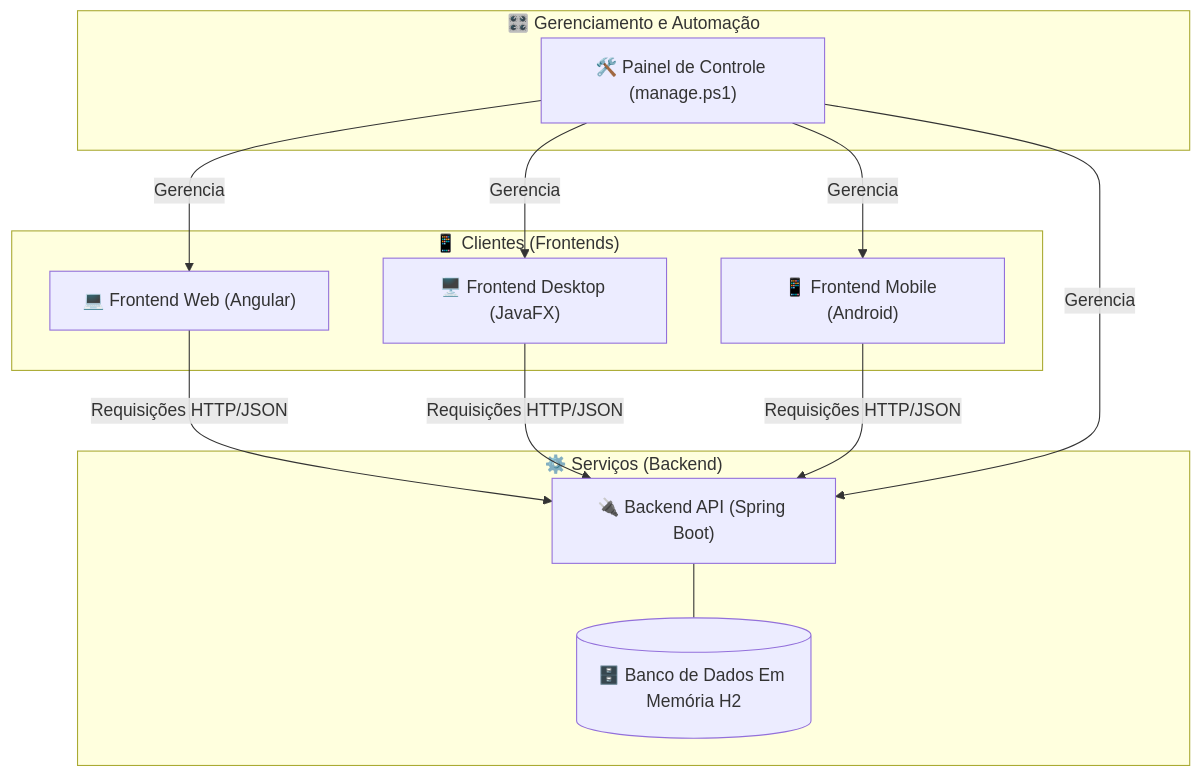
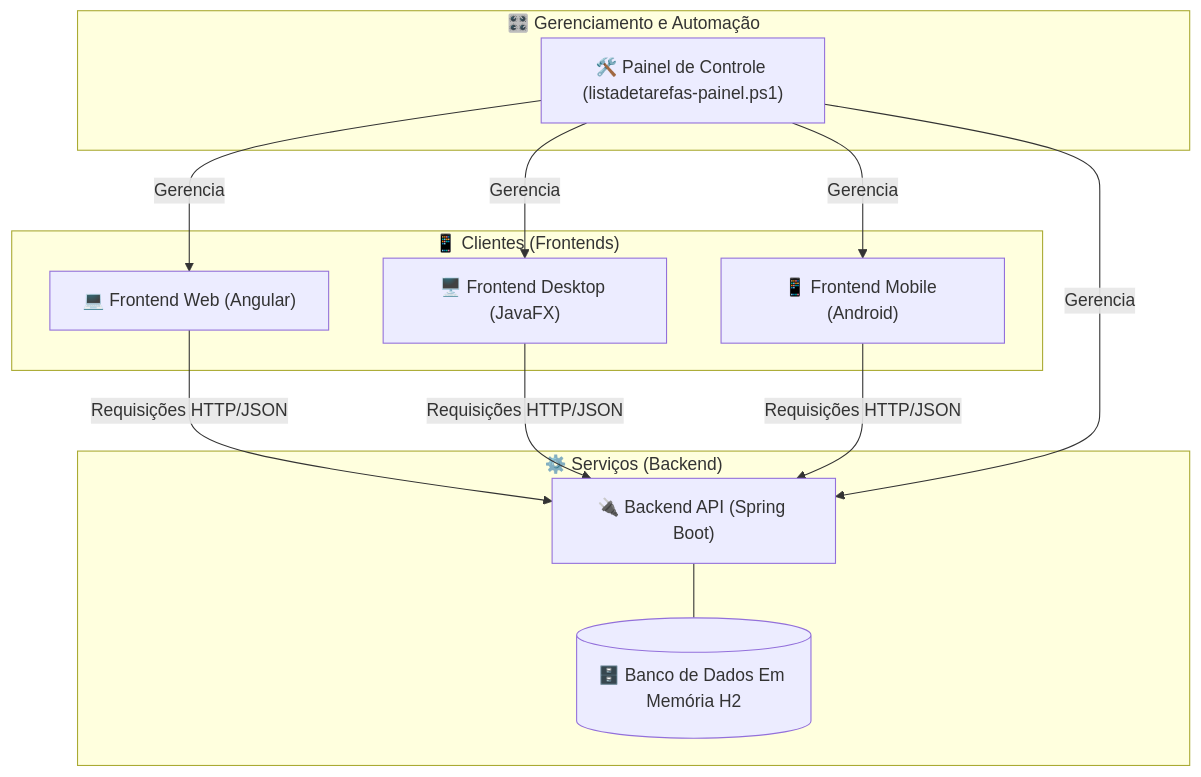
Before and after one commit to ricardotecpro/ads_proj_aplicacao_full_stack: the first of 6 diagrams in README.md, drawn with Mermaid. The commit also changed other lines of this file, not shown here.

Commit message:
fix: Update README.md with corrected script names and improved instructions for Android app setup

````diff
--- a/README.md
+++ b/README.md
@@ -16,30 +16,30 @@
 ```mermaid
 graph TD
     subgraph "🎛️ Gerenciamento e Automação"
-        Script["🛠️ Painel de Controle (manage.ps1)"]
+        Script["🛠️ Painel de Controle (listadetarefas-painel.ps1)"]
     end
 
     subgraph "📱 Clientes (Frontends)"
         Web["💻 Frontend Web (Angular)"]
         Desktop["🖥️ Frontend Desktop (JavaFX)"]
         Mobile["📱 Frontend Mobile (Android)"]
     end
 
     subgraph "⚙️ Serviços (Backend)"
         API["🔌 Backend API (Spring Boot)"]
         DB[("🗄️ Banco de Dados Em Memória H2")]
     end
 
     %% Conexões de Dados
     Web -->|Requisições HTTP/JSON| API
     Desktop -->|Requisições HTTP/JSON| API
     Mobile -->|Requisições HTTP/JSON| API
     API --- DB
 
     %% Conexões de Gerenciamento
     Script -- Gerencia --> API
     Script -- Gerencia --> Web
     Script -- Gerencia --> Desktop
     Script -- Gerencia --> Mobile
 
 ```
````
